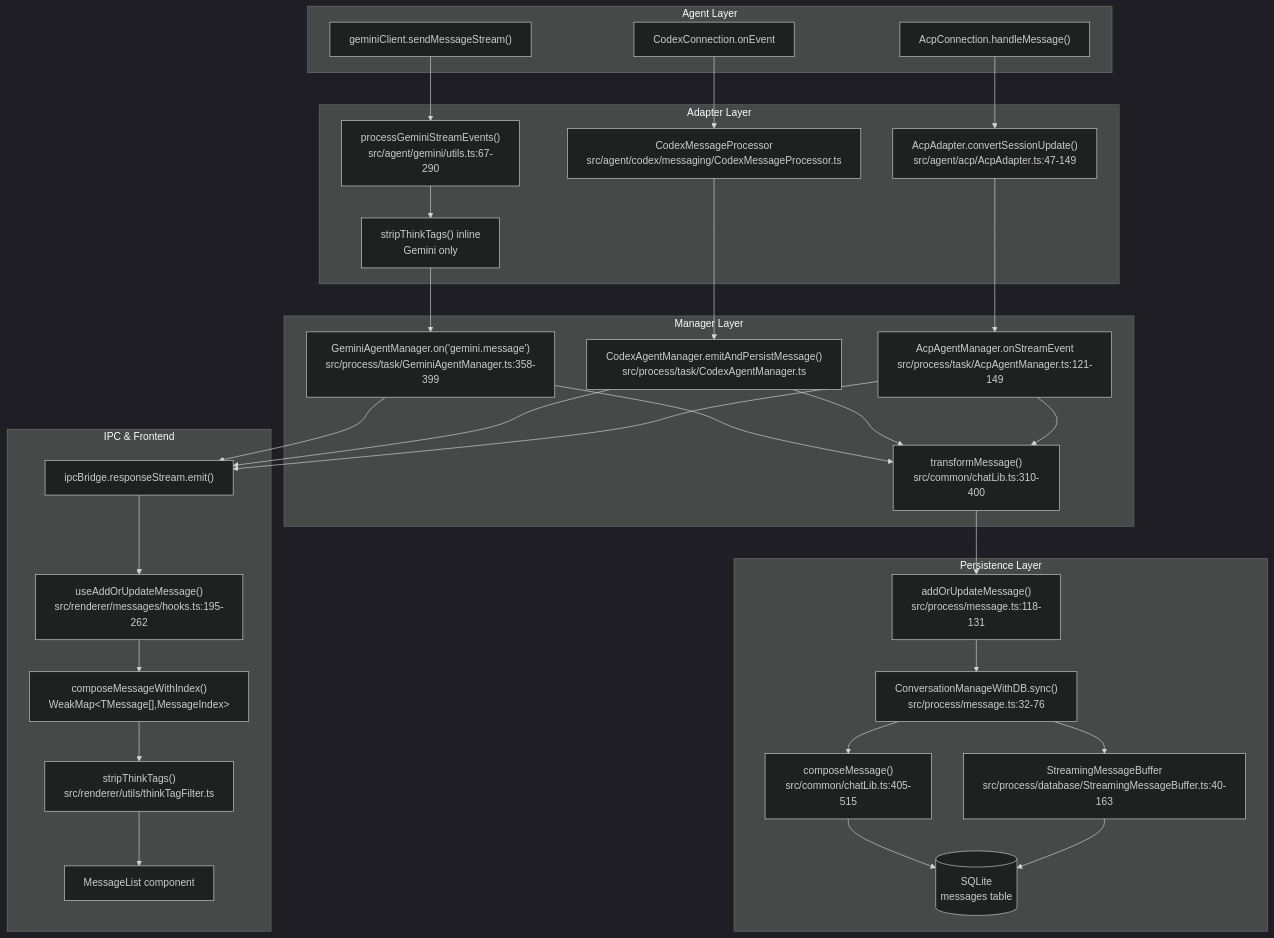
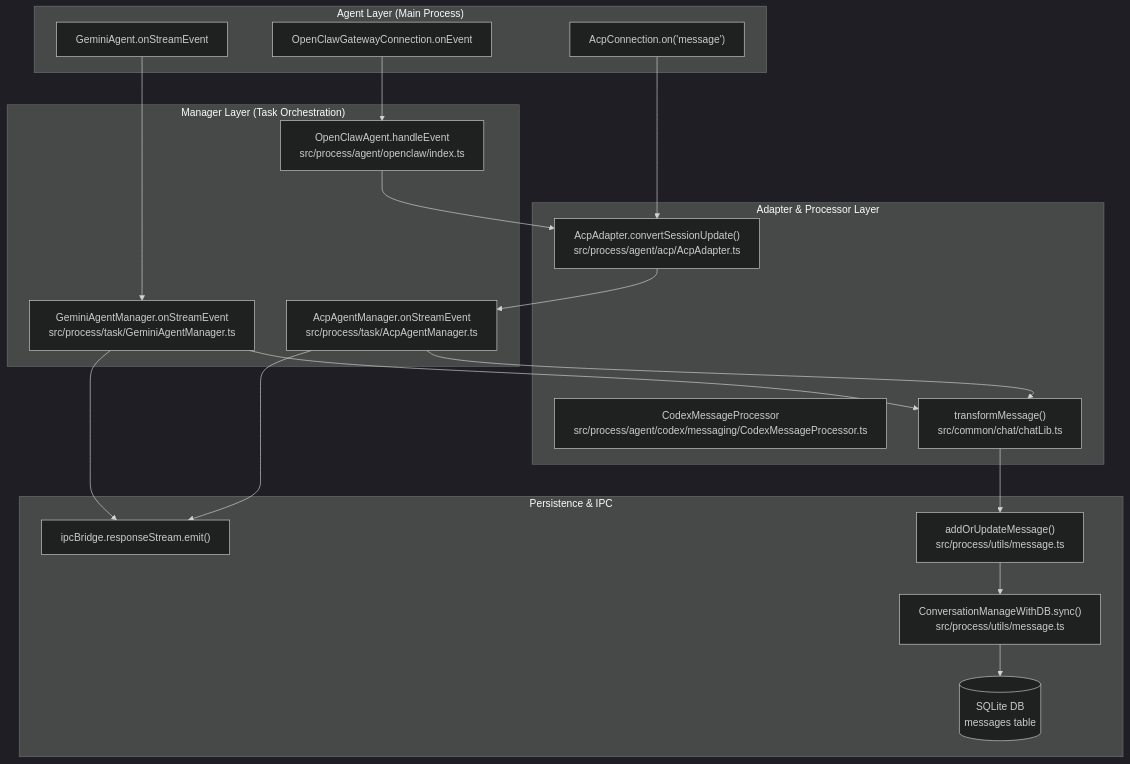
One commit to blackcater/zentree changed the first of 2 diagrams in docs/iOfficeAI_AionUi/data-flow-and-state-management/message-transformation-pipeline.md. Above: the diagram before and after it, drawn with Mermaid (dark theme). The commit also changed other lines of this file and 232 other files, not shown here.

````diff
--- a/docs/iOfficeAI_AionUi/data-flow-and-state-management/message-transformation-pipeline.md
+++ b/docs/iOfficeAI_AionUi/data-flow-and-state-management/message-transformation-pipeline.md
@@ -54,69 +53,44 @@
 ```mermaid
 graph TB
-    subgraph "Agent Layer"
-        GeminiClient["geminiClient.sendMessageStream()"]
-        CodexConn["CodexConnection.onEvent"]
-        AcpConn["AcpConnection.handleMessage()"]
+    subgraph "Agent Layer (Main Process)"
+        GeminiClient["GeminiAgent.onStreamEvent"]
+        AcpConn["AcpConnection.on('message')"]
+        OpenClawConn["OpenClawGatewayConnection.onEvent"]
     end
 
-    subgraph "Adapter Layer"
-        ProcessGemini["processGeminiStreamEvents()<br/>src/agent/gemini/utils.ts:67-290"]
-        CodexProc["CodexMessageProcessor<br/>src/agent/codex/messaging/CodexMessageProcessor.ts"]
-        AcpAdapt["AcpAdapter.convertSessionUpdate()<br/>src/agent/acp/AcpAdapter.ts:47-149"]
-
-        ThinkStrip1["stripThinkTags() inline<br/>Gemini only"]
+    subgraph "Adapter & Processor Layer"
+        AcpAdapt["AcpAdapter.convertSessionUpdate()<br/>src/process/agent/acp/AcpAdapter.ts"]
+        CodexProc["CodexMessageProcessor<br/>src/process/agent/codex/messaging/CodexMessageProcessor.ts"]
+        Transform["transformMessage()<br/>src/common/chat/chatLib.ts"]
     end
 
-    subgraph "Manager Layer"
-        GeminiMgr["GeminiAgentManager.on('gemini.message')<br/>src/process/task/GeminiAgentManager.ts:358-399"]
-        CodexMgr["CodexAgentManager.emitAndPersistMessage()<br/>src/process/task/CodexAgentManager.ts"]
-        AcpMgr["AcpAgentManager.onStreamEvent<br/>src/process/task/AcpAgentManager.ts:121-149"]
-
-        Transform["transformMessage()<br/>src/common/chatLib.ts:310-400"]
+    subgraph "Manager Layer (Task Orchestration)"
+        GeminiMgr["GeminiAgentManager.onStreamEvent<br/>src/process/task/GeminiAgentManager.ts"]
+        AcpMgr["AcpAgentManager.onStreamEvent<br/>src/process/task/AcpAgentManager.ts"]
+        OpenClawAgent["OpenClawAgent.handleEvent<br/>src/process/agent/openclaw/index.ts"]
     end
 
-    subgraph "Persistence Layer"
-        AddOrUpdate["addOrUpdateMessage()<br/>src/process/message.ts:118-131"]
-        ConvDB["ConversationManageWithDB.sync()<br/>src/process/message.ts:32-76"]
-        ComposeMsg["composeMessage()<br/>src/common/chatLib.ts:405-515"]
-        StreamBuf["StreamingMessageBuffer<br/>src/process/database/StreamingMessageBuffer.ts:40-163"]
-        SQLite[("SQLite<br/>messages table")]
+    subgraph "Persistence & IPC"
+        IPCBridge["ipcBridge.responseStream.emit()"]
+        AddOrUpdate["addOrUpdateMessage()<br/>src/process/utils/message.ts"]
+        ConvDB["ConversationManageWithDB.sync()<br/>src/process/utils/message.ts"]
+        SQLite[("SQLite DB<br/>messages table")]
     end
 
-    subgraph "IPC & Frontend"
-        IPCBridge["ipcBridge.responseStream.emit()"]
-        UseAddUpdate["useAddOrUpdateMessage()<br/>src/renderer/messages/hooks.ts:195-262"]
-        ComposeIdx["composeMessageWithIndex()<br/>WeakMap&lt;TMessage[],MessageIndex&gt;"]
-        ThinkStrip2["stripThinkTags()<br/>src/renderer/utils/thinkTagFilter.ts"]
-        MsgList["MessageList component"]
-    end
-
-    GeminiClient --> ProcessGemini
-    CodexConn --> CodexProc
+    GeminiClient --> GeminiMgr
     AcpConn --> AcpAdapt
-
-    ProcessGemini --> ThinkStrip1
-    ThinkStrip1 --> GeminiMgr
-    CodexProc --> CodexMgr
+    OpenClawConn --> OpenClawAgent
+    
     AcpAdapt --> AcpMgr
-
+    OpenClawAgent --> AcpAdapt
+    
     GeminiMgr --> Transform
-    CodexMgr --> Transform
     AcpMgr --> Transform
-
+    
     Transform --> AddOrUpdate
     AddOrUpdate --> ConvDB
-    ConvDB --> ComposeMsg
-    ConvDB --> StreamBuf
-    ComposeMsg --> SQLite
-    StreamBuf --> SQLite
-
+    ConvDB --> SQLite
+    
     GeminiMgr --> IPCBridge
-    CodexMgr --> IPCBridge
     AcpMgr --> IPCBridge
-
-    IPCBridge --> UseAddUpdate
-    UseAddUpdate --> ComposeIdx
-    ComposeIdx --> ThinkStrip2
-    ThinkStrip2 --> MsgList
 ```
````
